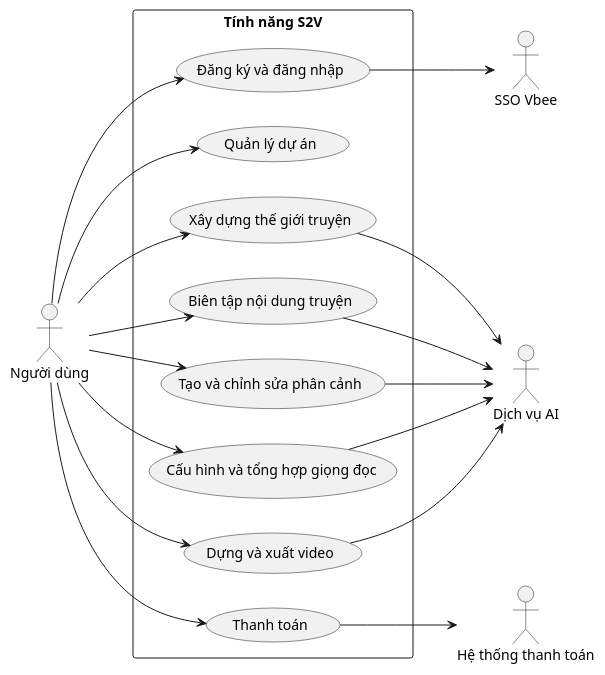
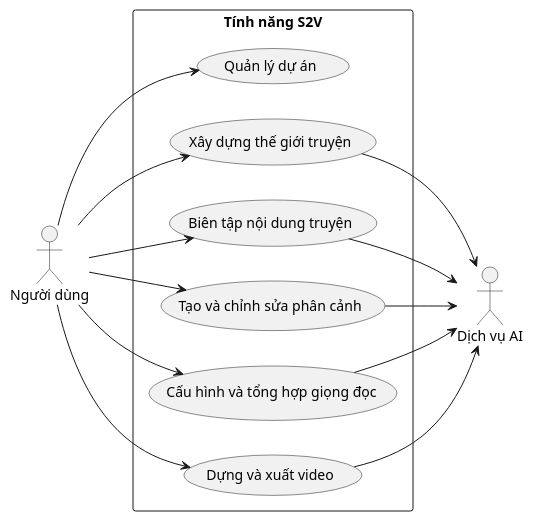
One commit to 202416852-anhpv/story2video-docs changed the diagram in docs/bieu-do-uc/tong-quat.puml. Above: the diagram before and after it, drawn with PlantUML. The commit also changed 5 other files, not shown here.

```diff
--- a/docs/bieu-do-uc/tong-quat.puml
+++ b/docs/bieu-do-uc/tong-quat.puml
@@ -1,37 +1,29 @@
 @startuml tong-quat
 left to right direction
 
 actor "Người dùng" as User
-actor "SSO Vbee" as SSO
 actor "Dịch vụ AI" as AI_Service
-actor "Hệ thống thanh toán" as PAY_SYS
 
 rectangle "Tính năng S2V" {
-    usecase "Đăng ký và đăng nhập" as UC_01
-    usecase "Quản lý dự án" as UC_02
+    usecase "Quản lý dự án" as UC_01
     usecase "Xây dựng thế giới truyện" as UC_03
     usecase "Biên tập nội dung truyện" as UC_04
     usecase "Tạo và chỉnh sửa phân cảnh" as UC_05
     usecase "Cấu hình và tổng hợp giọng đọc" as UC_08
     usecase "Dựng và xuất video" as UC_06
-    usecase "Thanh toán" as UC_07
 }
 
 User --> UC_01
-User --> UC_02
 User --> UC_03
 User --> UC_04
 User --> UC_05
 User --> UC_06
-User --> UC_07
 User --> UC_08
 
-UC_07 --> PAY_SYS
-UC_01 --> SSO
 UC_03 --> AI_Service
 UC_04 --> AI_Service
 UC_05 --> AI_Service
 UC_06 --> AI_Service
 UC_08 --> AI_Service
 
 @enduml
```
